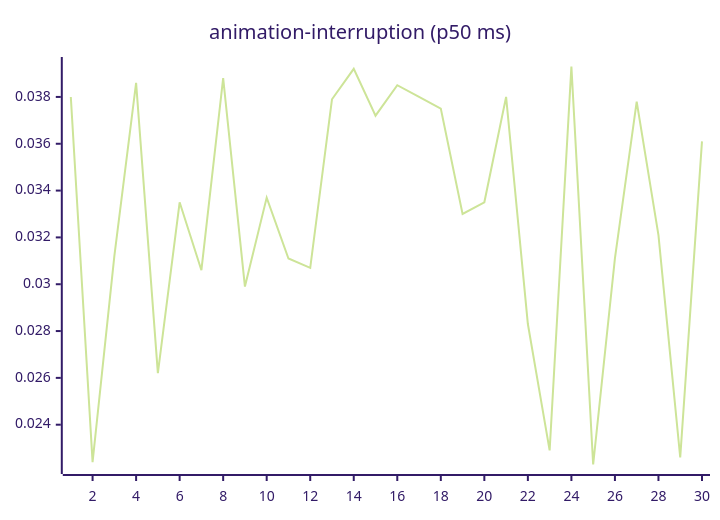
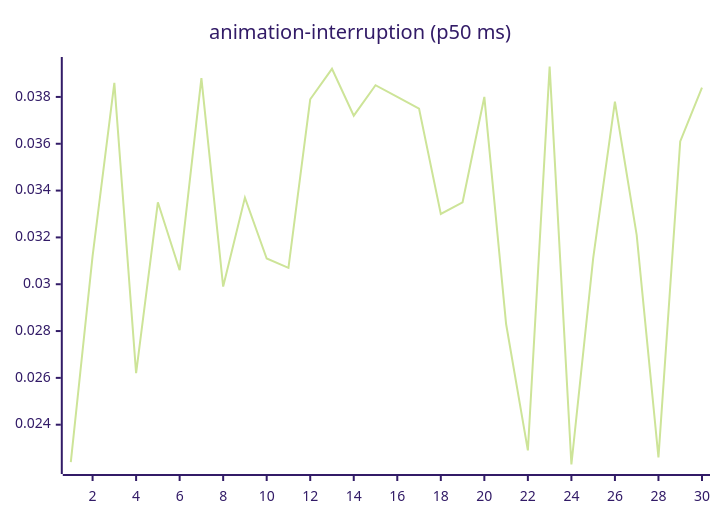
Before and after one commit to josha/Facet: the third of 27 diagrams in README.md, drawn with Mermaid (forest theme). The commit also changed other lines of this file and 2 other files, not shown here.

````diff
--- a/README.md
+++ b/README.md
@@ -77,6 +77,6 @@
 ```mermaid
 xychart-beta
     title "animation-interruption (p50 ms)"
     x-axis 1 --> 30
-    line [0.0380, 0.0224, 0.0312, 0.0386, 0.0262, 0.0335, 0.0306, 0.0388, 0.0299, 0.0337, 0.0311, 0.0307, 0.0379, 0.0392, 0.0372, 0.0385, 0.0380, 0.0375, 0.0330, 0.0335, 0.0380, 0.0283, 0.0229, 0.0393, 0.0223, 0.0311, 0.0378, 0.0321, 0.0226, 0.0361]
+    line [0.0224, 0.0312, 0.0386, 0.0262, 0.0335, 0.0306, 0.0388, 0.0299, 0.0337, 0.0311, 0.0307, 0.0379, 0.0392, 0.0372, 0.0385, 0.0380, 0.0375, 0.0330, 0.0335, 0.0380, 0.0283, 0.0229, 0.0393, 0.0223, 0.0311, 0.0378, 0.0321, 0.0226, 0.0361, 0.0384]
 ```
````
